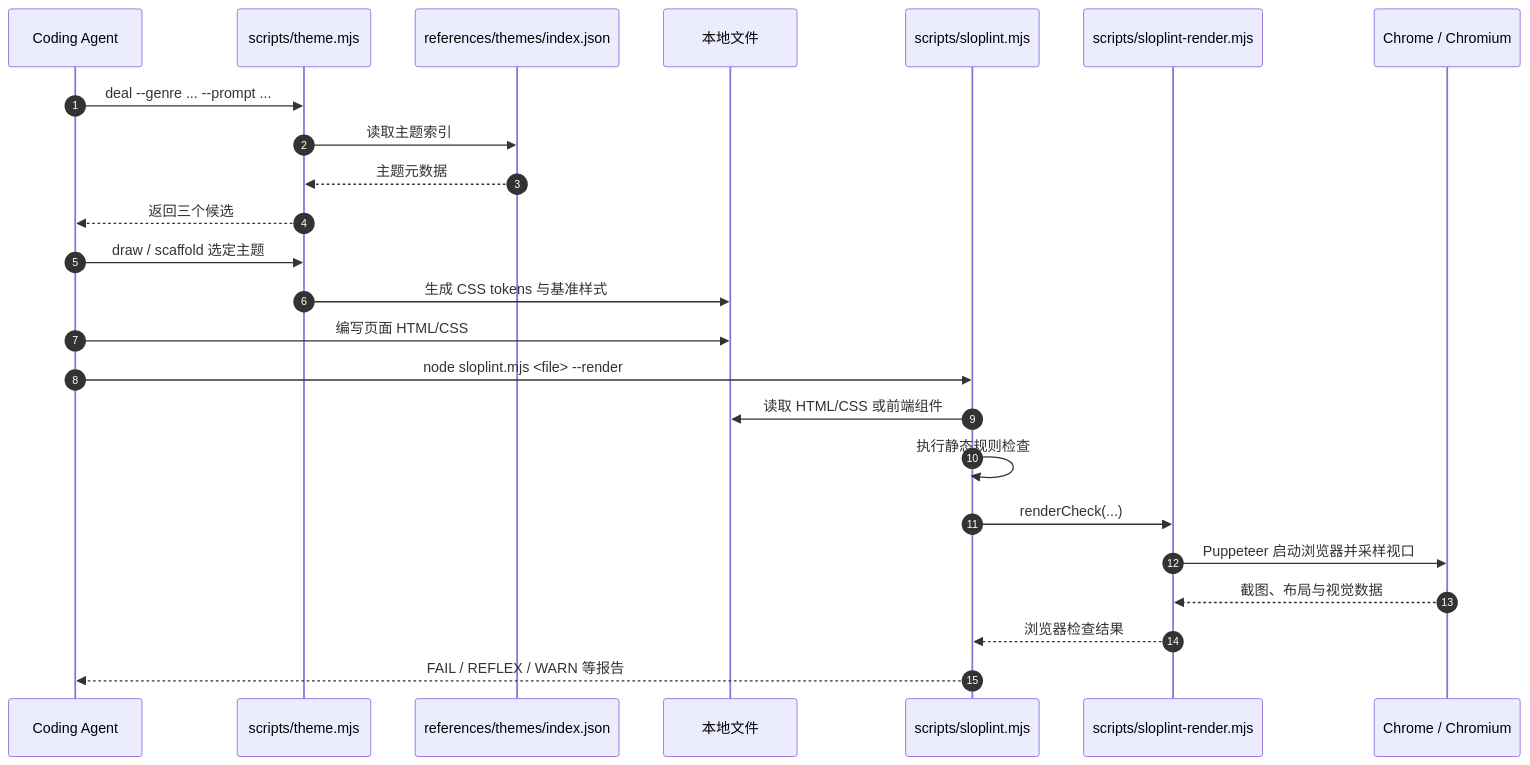
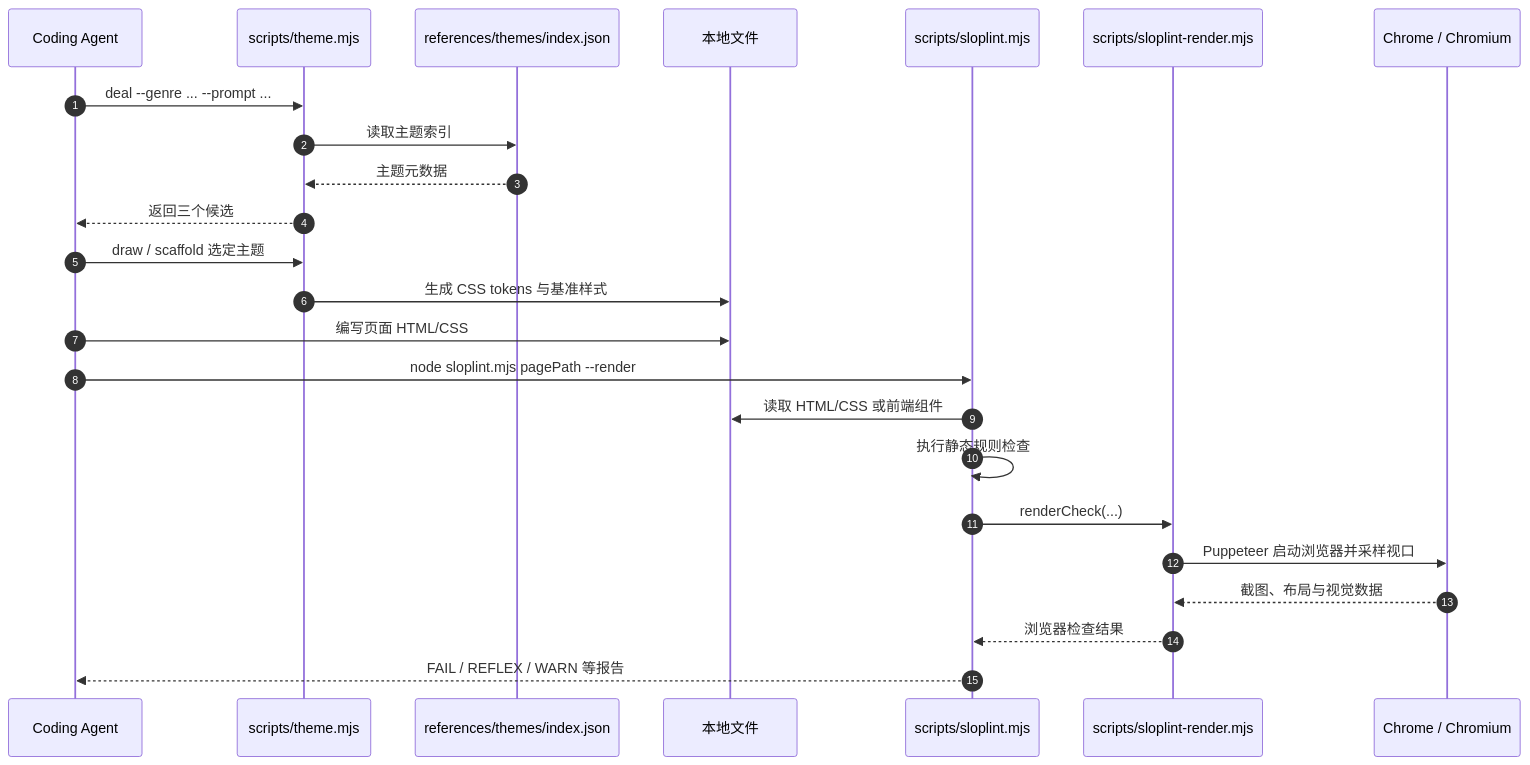
Before and after one commit to ImChong/Robotics_Notebooks: the second of 2 diagrams in wiki/entities/hallmark.md, drawn with Mermaid.

Commit message:
docs(wiki): 避免 Mermaid 时序图中尖括号被解析为标签

````diff
--- a/wiki/entities/hallmark.md
+++ b/wiki/entities/hallmark.md
@@ -81,26 +81,26 @@
 ```mermaid
 sequenceDiagram
     autonumber
     participant A as Coding Agent
     participant T as scripts/theme.mjs
     participant I as references/themes/index.json
     participant F as 本地文件
     participant L as scripts/sloplint.mjs
     participant R as scripts/sloplint-render.mjs
     participant B as Chrome / Chromium
     A->>T: deal --genre ... --prompt ...
     T->>I: 读取主题索引
     I-->>T: 主题元数据
     T-->>A: 返回三个候选
     A->>T: draw / scaffold 选定主题
     T->>F: 生成 CSS tokens 与基准样式
     A->>F: 编写页面 HTML/CSS
-    A->>L: node sloplint.mjs <file> --render
+    A->>L: node sloplint.mjs pagePath --render
     L->>F: 读取 HTML/CSS 或前端组件
     L->>L: 执行静态规则检查
     L->>R: renderCheck(...)
     R->>B: Puppeteer 启动浏览器并采样视口
     B-->>R: 截图、布局与视觉数据
     R-->>L: 浏览器检查结果
     L-->>A: FAIL / REFLEX / WARN 等报告
 ```
````
